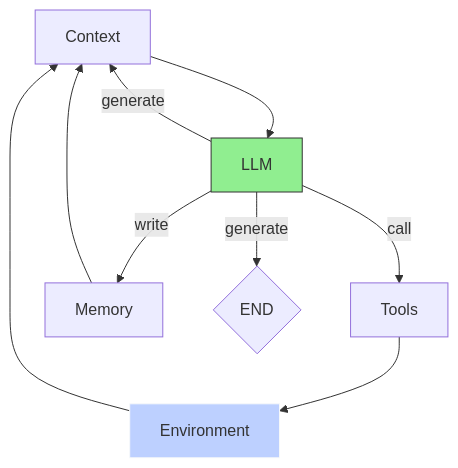
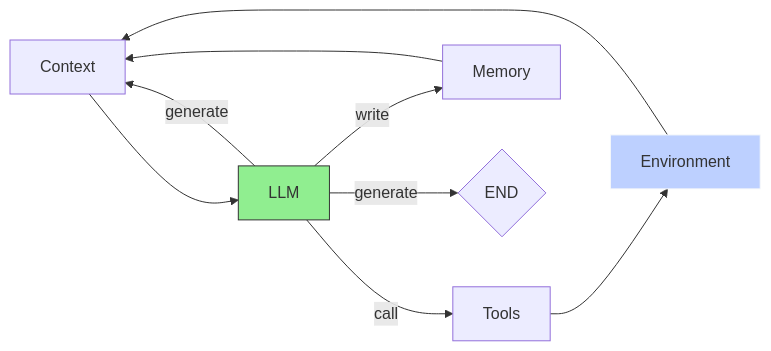
Before and after one commit to finnoh/ws_genai_eb: the third of 3 diagrams in slides/blocks/day1/day1_block2.qmd, drawn with Mermaid. The commit also changed other lines of this file and 20 other files, not shown here.

````diff
--- a/slides/blocks/day1/day1_block2.qmd
+++ b/slides/blocks/day1/day1_block2.qmd
@@ -106,18 +102,19 @@
 ```{mermaid}
-
-flowchart TD
+%%| fig-align: center
+%%| width: 100%
+flowchart LR
   C[Context] --> A[LLM]
   
   A -->|call| T[Tools]
   A -->|write| M[Memory]
   A -->|generate| END{END}
   A -->|generate| C
   
   T --> E[Environment]
   M --> C
   E --> C
 
   style A fill:#90EE90,stroke:#333,stroke-width:1px
   style E fill:#bdd0ff,stroke:#f7f9fa,stroke-width:1px
   
 ```
````
